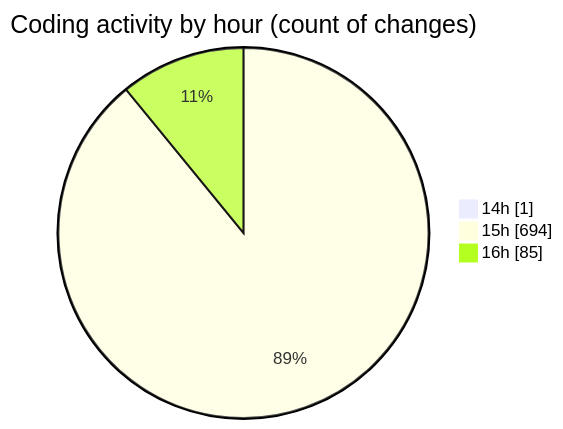
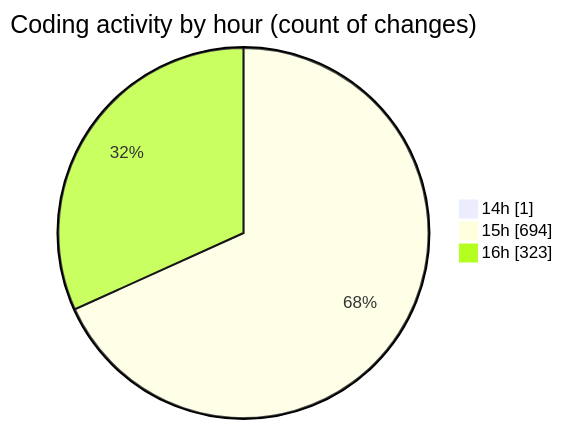
The second of 2 diagrams in 2025-04-10/nxtqube_webapp/README.md (nxtqubesakshisongat/code-tracking), drawn with Mermaid before and after one commit. The commit also changed other lines of this file and 1 other file, not shown here.

````diff
--- a/2025-04-10/nxtqube_webapp/README.md
+++ b/2025-04-10/nxtqube_webapp/README.md
@@ -32,7 +32,7 @@
 ```mermaid
 pie showData
 title Coding activity by hour (count of changes)
 "14h" : 1
 "15h" : 694
-"16h" : 85
+"16h" : 323
 ```
````
